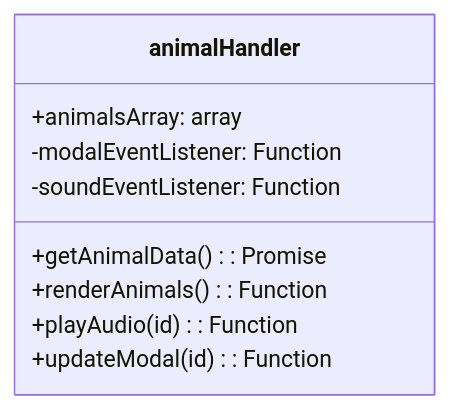
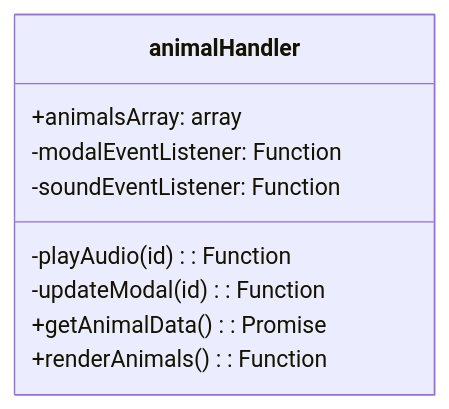
The second of 2 diagrams in readme.md (MauricioTRP/desafioAnimales), drawn with Mermaid before and after one commit. The commit also changed other lines of this file and 2 other files, not shown here.

````diff
--- a/readme.md
+++ b/readme.md
@@ -50,12 +50,12 @@
 ```mermaid
 classDiagram
     class animalHandler {
         +animalsArray: array
         -modalEventListener: Function
         -soundEventListener: Function
+        -playAudio(id): Function
+        -updateModal(id): Function
         +getAnimalData(): Promise
         +renderAnimals(): Function
-        +playAudio(id): Function
-        +updateModal(id): Function
     }
 ```
````
